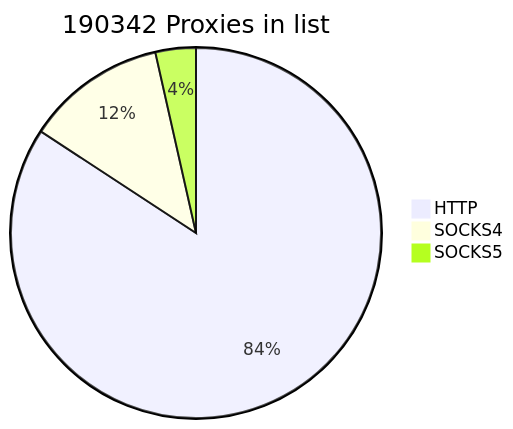
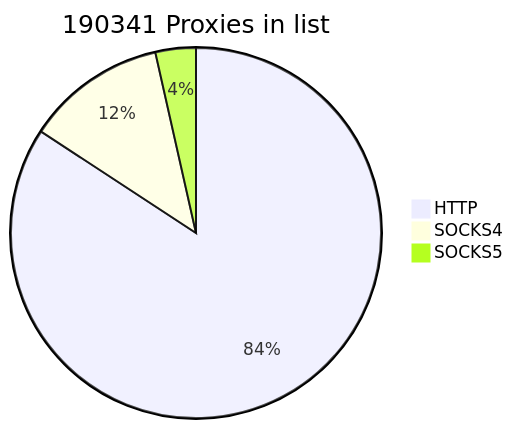
Before and after one commit to cutipu/proxylist: the first of 2 diagrams in README.md, drawn with Mermaid. The commit also changed other lines of this file, not shown here.

````diff
--- a/README.md
+++ b/README.md
@@ -2,7 +2,7 @@
 ```mermaid
-pie title 190342 Proxies in list
+pie title 190341 Proxies in list
     "HTTP" : 160313
-    "SOCKS4" : 23317
-    "SOCKS5" : 6712
+    "SOCKS4" : 23315
+    "SOCKS5" : 6713
             
 ```
````
